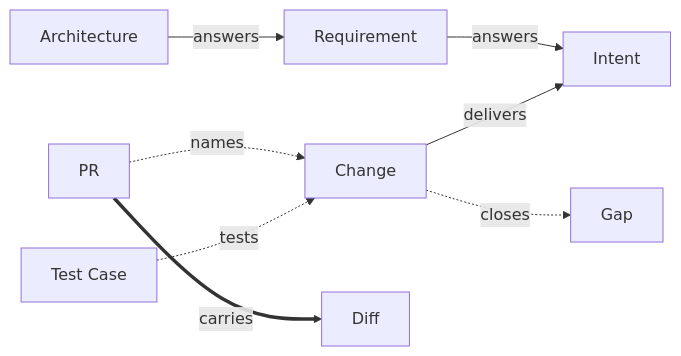
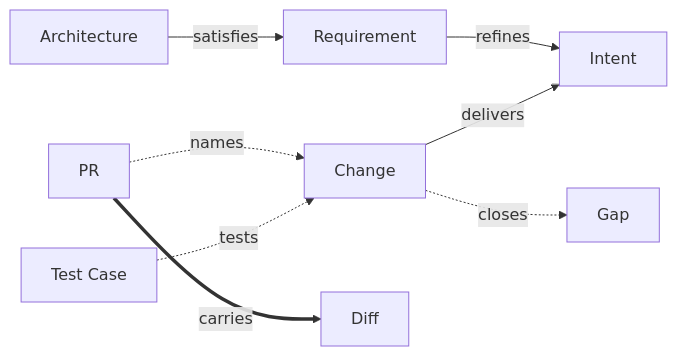
One commit to Kai-Hacks-AI/KAAL changed the diagram in engineering/metamodel/views/plan.md. Above: the diagram before and after it, drawn with Mermaid. The commit also changed other lines of this file and 7 other files, not shown here.

First line of the commit message:
DO: canonical relationships refines, satisfies and verifies, with the repository keys kept (release/C71)

````diff
--- a/engineering/metamodel/views/plan.md
+++ b/engineering/metamodel/views/plan.md
@@ -12,10 +12,10 @@
 ```mermaid
 flowchart LR
   Change -->|delivers| Intent
-  Requirement -->|answers| Intent
-  Architecture -->|answers| Requirement
+  Requirement -->|refines| Intent
+  Architecture -->|satisfies| Requirement
   TestCase["Test Case"] -.->|tests| Change
   Change -.->|closes| Gap
   PR -.->|names| Change
   PR ==>|carries| Diff
 ```
````
